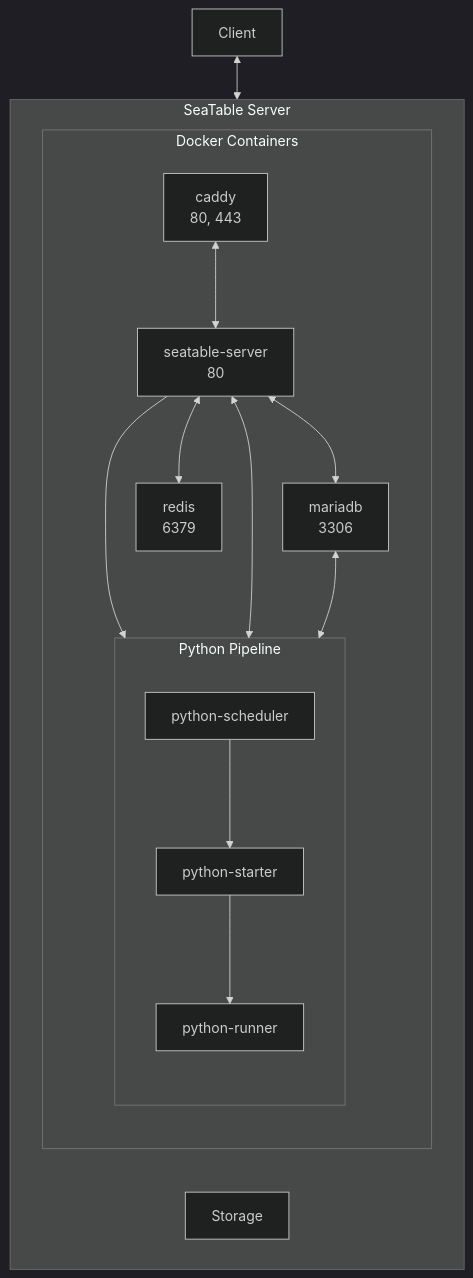
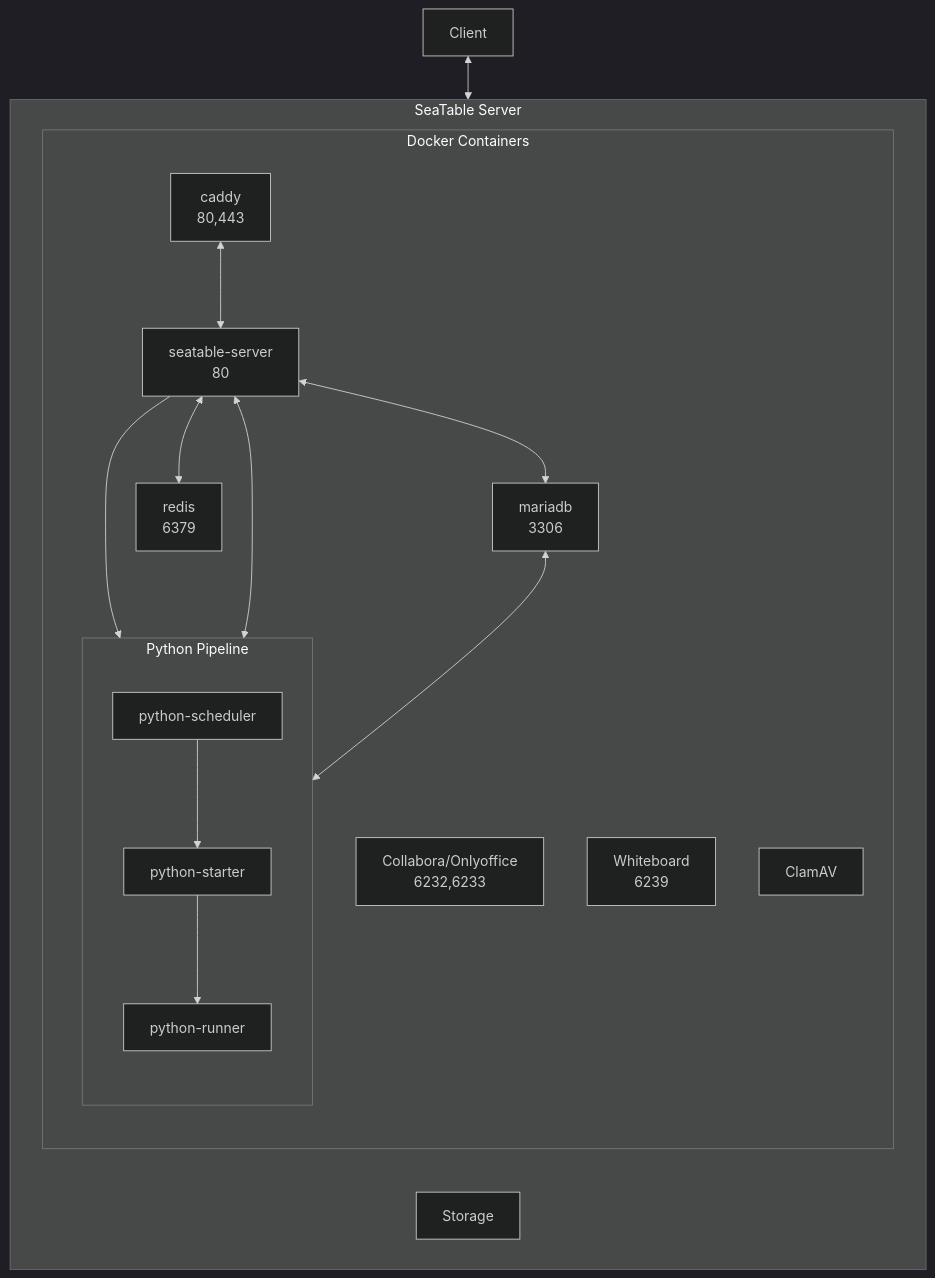
One commit to seatable/seatable-admin-docs changed the second of 3 diagrams in docs/introduction/architecture.md. Above: the diagram before and after it, drawn with Mermaid (dark theme).

Commit message:
Added Office Editors, Whiteboard and ClamAV

````diff
--- a/docs/introduction/architecture.md
+++ b/docs/introduction/architecture.md
@@ -31,29 +31,32 @@
 ```mermaid
 flowchart TB
     Client<-->C
     subgraph SeaTable Server
         direction LR
         subgraph Docker Containers
             direction TB
-            C[caddy<br/>80, 443]
+            C[caddy<br/>80,443]
             SS[seatable-server<br/>80]
             MDB[mariadb<br/>3306]
             R[redis<br/>6379]
+            OO[Collabora/Onlyoffice<br/>6232,6233]
+            Wh[Whiteboard<br/>6239]
+            CAV[ClamAV<br/>]
             C<-->SS
             SS<-->MDB
             SS<-->R
                subgraph p[Python Pipeline]
                   direction TB
                   PSc[python-scheduler]
                   PSt[python-starter]
                   PR[python-runner]
                   PSc-->PSt
                   PSt-->PR
                end
             SS-->PSc
             SS<-->PR
             MDB<-->PSc
         end
         F[Storage]
     end
 ```
````
